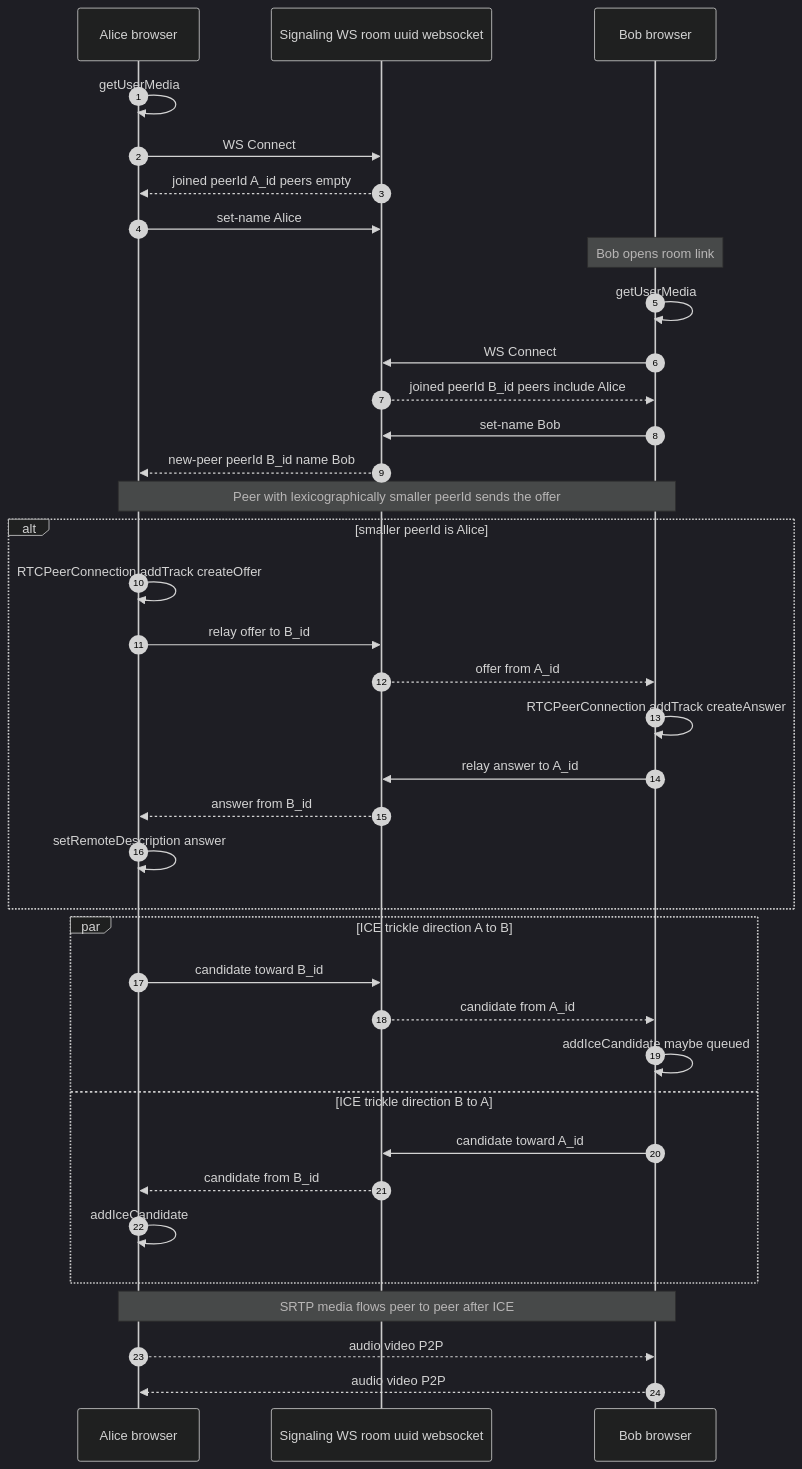
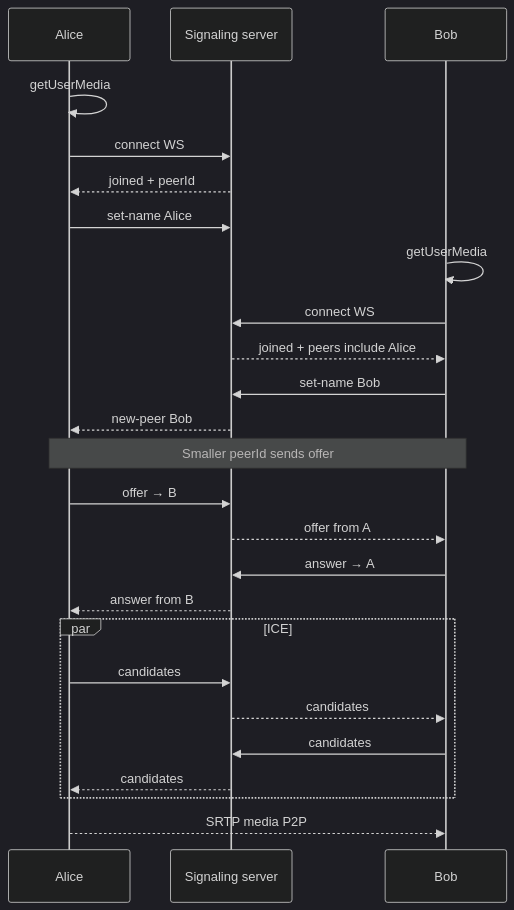
The third of 5 diagrams in README.md (subhm2004/NexusRTC-Real-Time-Multi-Peer-Communication), drawn with Mermaid (dark theme) before and after one commit. The commit also changed other lines of this file, not shown here.

````diff
--- a/README.md
+++ b/README.md
@@ -324,44 +724,30 @@
 ```mermaid
 sequenceDiagram
-  autonumber
-  participant A as Alice browser
-  participant S as Signaling WS room uuid websocket
-  participant B as Bob browser
+  participant A as Alice
+  participant S as Signaling server
+  participant B as Bob
 
   A->>A: getUserMedia
-  A->>S: WS Connect
-  S-->>A: joined peerId A_id peers empty
+  A->>S: connect WS
+  S-->>A: joined + peerId
   A->>S: set-name Alice
 
-  Note over B: Bob opens room link
   B->>B: getUserMedia
-  B->>S: WS Connect
-  S-->>B: joined peerId B_id peers include Alice
+  B->>S: connect WS
+  S-->>B: joined + peers include Alice
   B->>S: set-name Bob
-  S-->>A: new-peer peerId B_id name Bob
+  S-->>A: new-peer Bob
 
-  Note over A,B: Peer with lexicographically smaller peerId sends the offer
-  alt smaller peerId is Alice
-    A->>A: RTCPeerConnection addTrack createOffer
-    A->>S: relay offer to B_id
-    S-->>B: offer from A_id
-    B->>B: RTCPeerConnection addTrack createAnswer
-    B->>S: relay answer to A_id
-    S-->>A: answer from B_id
-    A->>A: setRemoteDescription answer
+  Note over A,B: Smaller peerId sends offer
+  A->>S: offer → B
+  S-->>B: offer from A
+  B->>S: answer → A
+  S-->>A: answer from B
+  par ICE
+    A->>S: candidates
+    S-->>B: candidates
+    B->>S: candidates
+    S-->>A: candidates
   end
-
-  par ICE trickle direction A to B
-    A->>S: candidate toward B_id
-    S-->>B: candidate from A_id
-    B->>B: addIceCandidate maybe queued
-  and ICE trickle direction B to A
-    B->>S: candidate toward A_id
-    S-->>A: candidate from B_id
-    A->>A: addIceCandidate
-  end
-
-  Note over A,B: SRTP media flows peer to peer after ICE
-  A-->>B: audio video P2P
-  B-->>A: audio video P2P
+  A-->>B: SRTP media P2P
 ```
````
